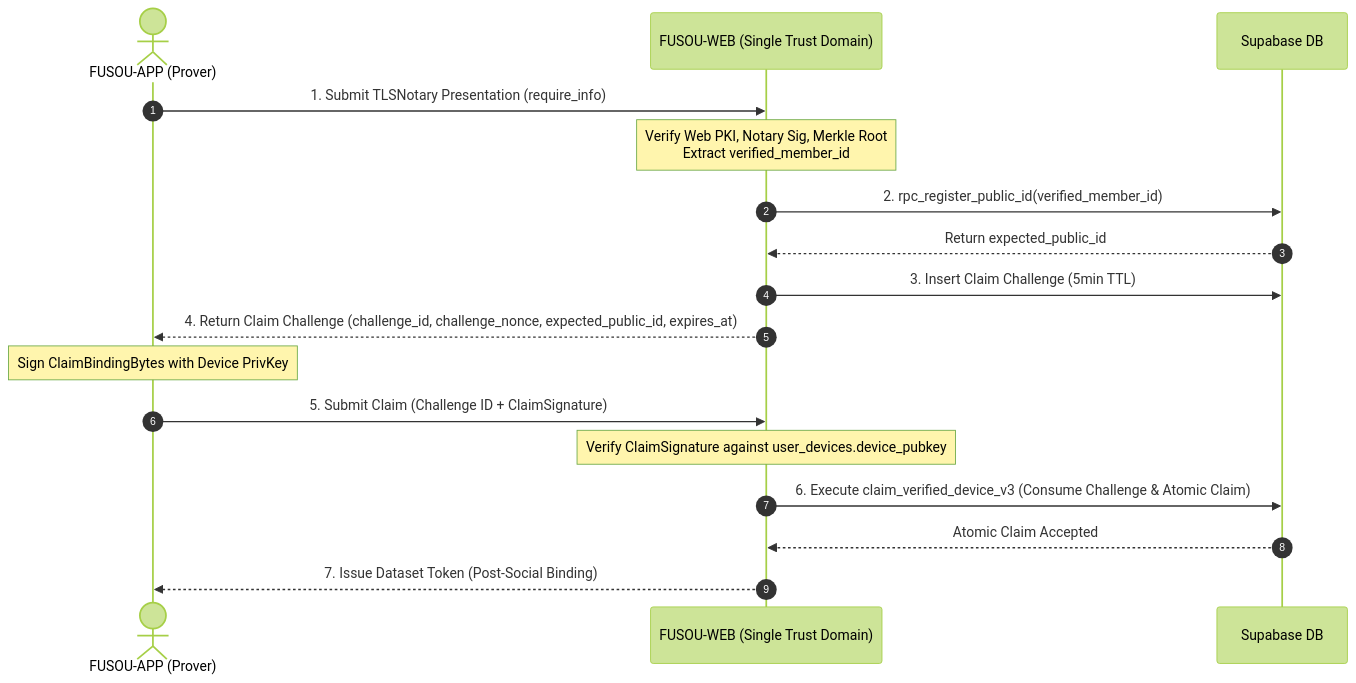
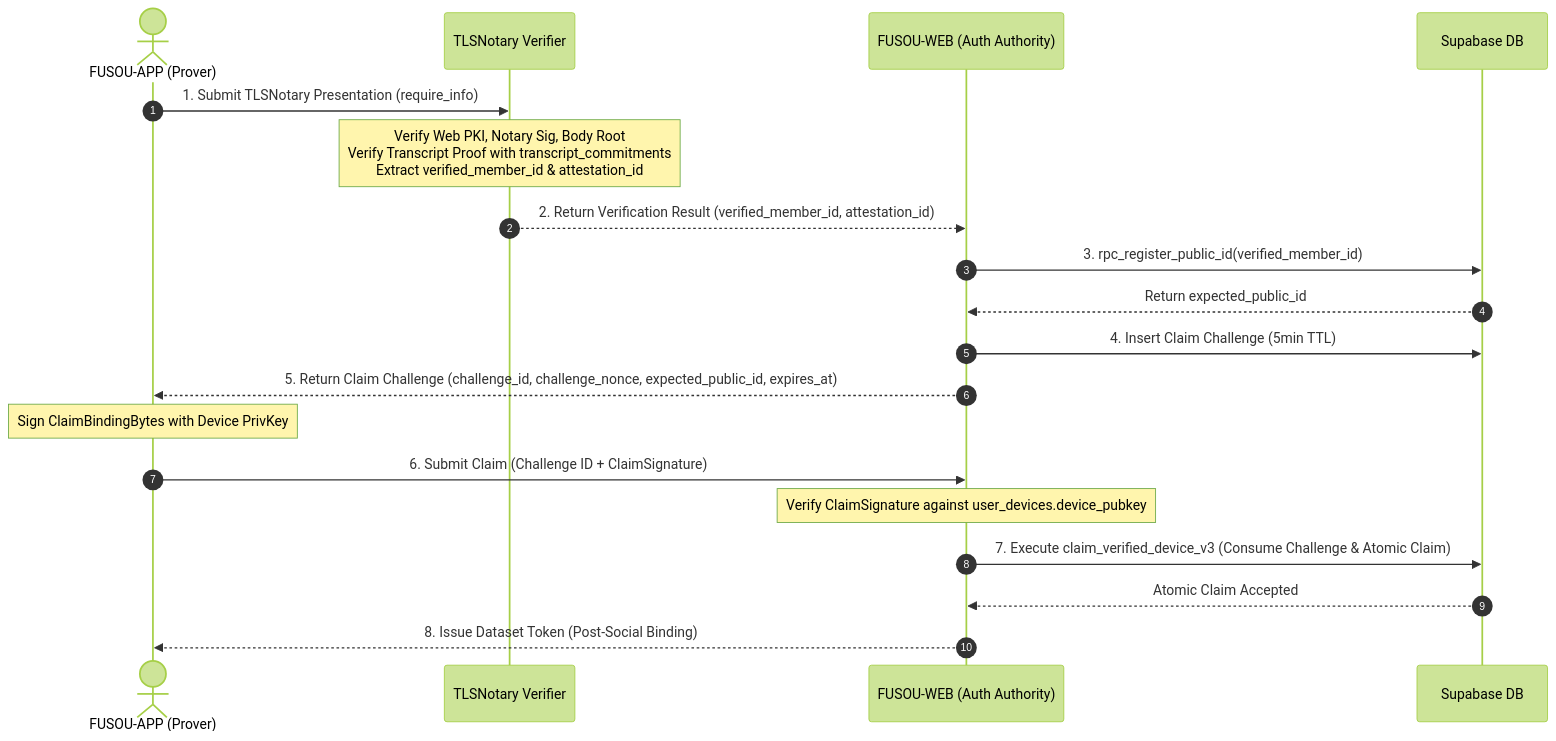
One commit to tsukasa-u/FUSOU changed the second of 2 diagrams in docs/operations/member-id-preemptive-attack-and-recovery.md. Above: the diagram before and after it, drawn with Mermaid (forest theme). The commit also changed other lines of this file and 1 other file, not shown here.

First line of the commit message:
docs(security): align with official TLSNotary structure, separate trust authorities, and pin exact revision in Phase 0

````diff
--- a/docs/operations/member-id-preemptive-attack-and-recovery.md
+++ b/docs/operations/member-id-preemptive-attack-and-recovery.md
@@ -240,20 +246,22 @@
 ```mermaid
 sequenceDiagram
     autonumber
     actor Client as FUSOU-APP (Prover)
-    participant Web as FUSOU-WEB (Single Trust Domain)
+    participant Verifier as TLSNotary Verifier
+    participant Web as FUSOU-WEB (Auth Authority)
     participant DB as Supabase DB
 
-    Client->>Web: 1. Submit TLSNotary Presentation (require_info)
-    Note over Web: Verify Web PKI, Notary Sig, Merkle Root<br/>Extract verified_member_id
-    Web->>DB: 2. rpc_register_public_id(verified_member_id)
+    Client->>Verifier: 1. Submit TLSNotary Presentation (require_info)
+    Note over Verifier: Verify Web PKI, Notary Sig, Body Root<br/>Verify Transcript Proof with transcript_commitments<br/>Extract verified_member_id & attestation_id
+    Verifier-->>Web: 2. Return Verification Result (verified_member_id, attestation_id)
+    Web->>DB: 3. rpc_register_public_id(verified_member_id)
     DB-->>Web: Return expected_public_id
-    Web->>DB: 3. Insert Claim Challenge (5min TTL)
-    Web-->>Client: 4. Return Claim Challenge (challenge_id, challenge_nonce, expected_public_id, expires_at)
+    Web->>DB: 4. Insert Claim Challenge (5min TTL)
+    Web-->>Client: 5. Return Claim Challenge (challenge_id, challenge_nonce, expected_public_id, expires_at)
     Note over Client: Sign ClaimBindingBytes with Device PrivKey
-    Client->>Web: 5. Submit Claim (Challenge ID + ClaimSignature)
+    Client->>Web: 6. Submit Claim (Challenge ID + ClaimSignature)
     Note over Web: Verify ClaimSignature against user_devices.device_pubkey
-    Web->>DB: 6. Execute claim_verified_device_v3 (Consume Challenge & Atomic Claim)
+    Web->>DB: 7. Execute claim_verified_device_v3 (Consume Challenge & Atomic Claim)
     DB-->>Web: Atomic Claim Accepted
-    Web-->>Client: 7. Issue Dataset Token (Post-Social Binding)
+    Web-->>Client: 8. Issue Dataset Token (Post-Social Binding)
 ```
````
